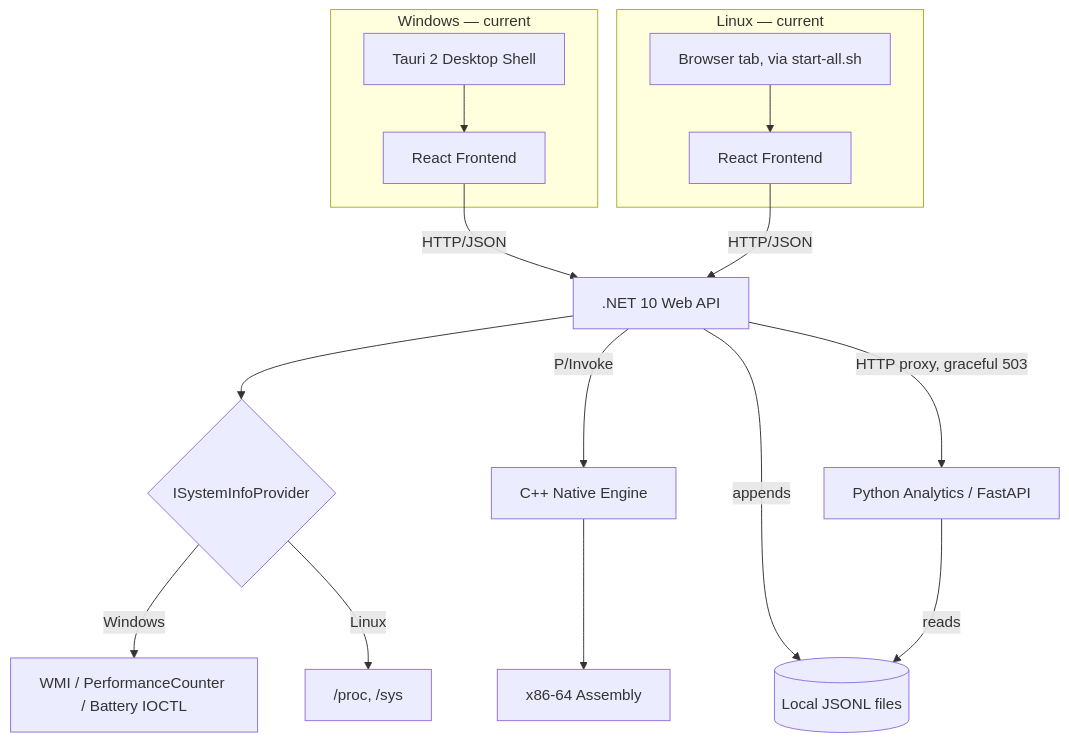
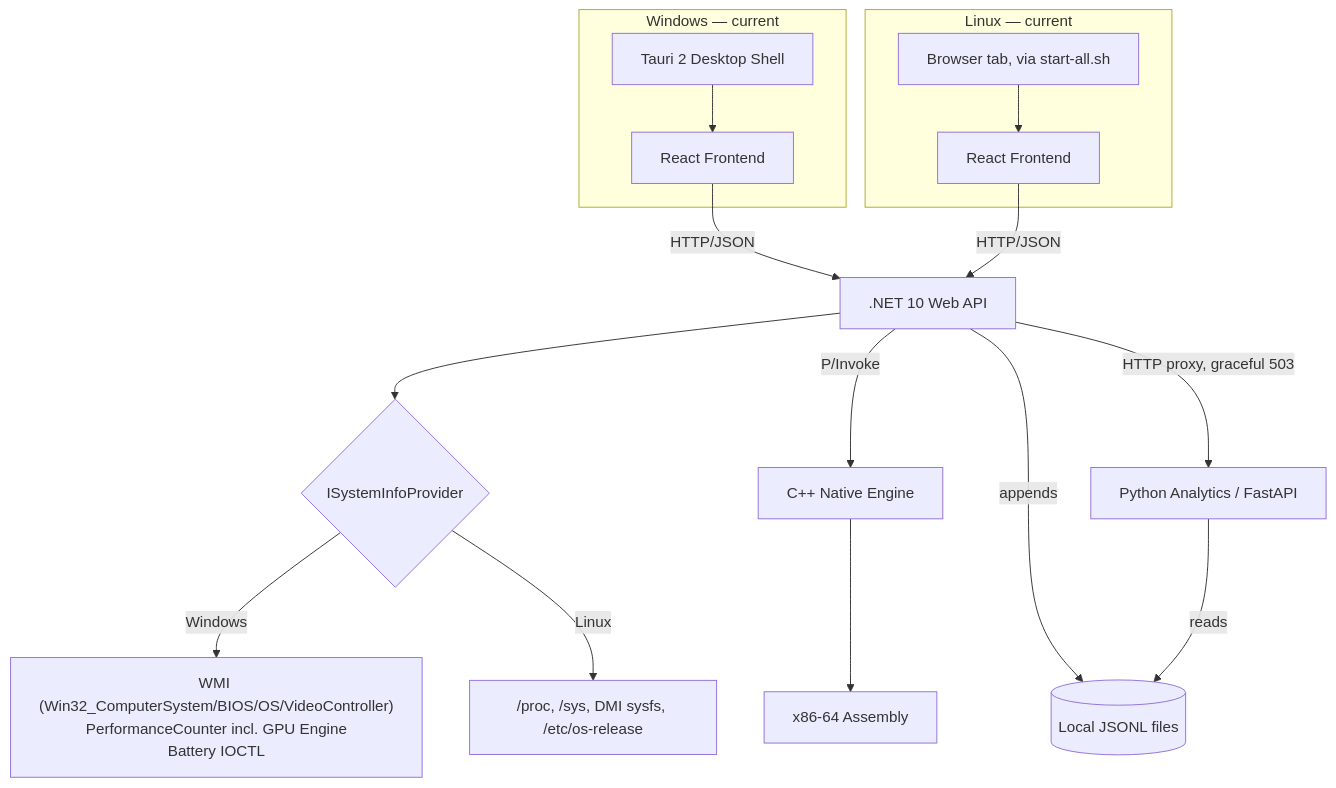
Before and after one commit to VipulSharma143/System-Info: the diagram in PROJECT_STATUS.md, drawn with Mermaid. The commit also changed other lines of this file and 1 other file, not shown here.

````diff
--- a/PROJECT_STATUS.md
+++ b/PROJECT_STATUS.md
@@ -49,18 +55,18 @@
 ```mermaid
 flowchart TB
     subgraph Windows["Windows — current"]
         TW[Tauri 2 Desktop Shell] --> FEW[React Frontend]
     end
     subgraph Linux["Linux — current"]
         BR[Browser tab, via start-all.sh] --> FEL[React Frontend]
     end
     FEW -- HTTP/JSON --> API[.NET 10 Web API]
     FEL -- HTTP/JSON --> API
     API --> PROV{ISystemInfoProvider}
-    PROV -->|Windows| WINP[WMI / PerformanceCounter / Battery IOCTL]
-    PROV -->|Linux| LINP["/proc, /sys"]
+    PROV -->|Windows| WINP["WMI (Win32_ComputerSystem/BIOS/OS/VideoController)\nPerformanceCounter incl. GPU Engine\nBattery IOCTL"]
+    PROV -->|Linux| LINP["/proc, /sys, DMI sysfs, /etc/os-release"]
     API -- P/Invoke --> CPP[C++ Native Engine] --> ASM[x86-64 Assembly]
     API -- HTTP proxy, graceful 503 --> PY[Python Analytics / FastAPI]
     API -- appends --> STORE[(Local JSONL files)]
     PY -- reads --> STORE
 ```
````
